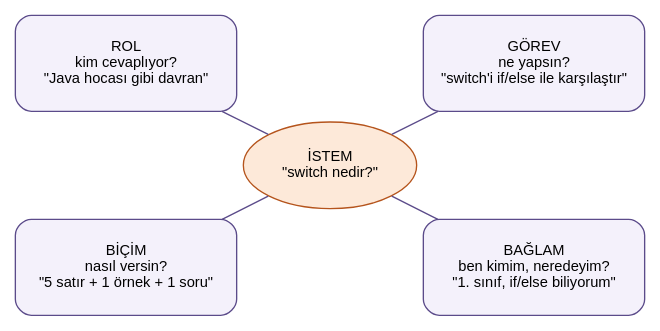
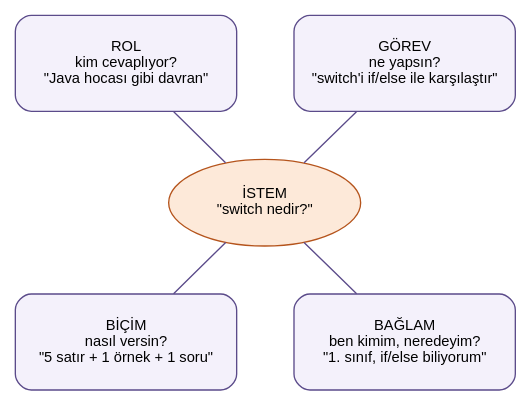
Before and after one commit to drferhatu/algoritma-ve-programlama-1: the diagram in content/diagrams/h05-istem.dot, drawn with Graphviz.

Commit message:
Diyagram düzenlemesi

```diff
--- a/content/diagrams/h05-istem.dot
+++ b/content/diagrams/h05-istem.dot
@@ -1,21 +1,24 @@
-// Hafta 5: iyi bir istemin dört parçası (rol, görev, biçim, bağlam) ve ortadaki soru
+// Hafta 5: iyi bir istemin dört parçası (rol, görev, biçim, bağlam) ve ortadaki soru (dot yerleşimi)
 digraph Istem {
     charset="UTF-8";
-    layout=neato;
-    overlap=false;
-    splines=true;
+    rankdir=TB;
+    nodesep=0.6;
+    ranksep=0.5;
     node [fontname="Helvetica", fontsize=11, shape=box, style="rounded,filled", fillcolor="#f4f1fb", color="#5b4b8a", width=2.3, height=1.0, fixedsize=true];
     edge [color="#5b4b8a", arrowhead=none];
 
-    merkez [label="İSTEM\n\"switch nedir?\"", shape=ellipse, fillcolor="#fde9d9", color="#b5541c", width=1.8, height=0.9, pos="0,0!"];
+    { rank=same; rol; gorev; }
+    rol    [label="ROL\nkim cevaplıyor?\n\"Java hocası gibi davran\""];
+    gorev  [label="GÖREV\nne yapsın?\n\"switch'i if/else ile karşılaştır\""];
 
-    rol    [label="ROL\nkim cevaplıyor?\n\"Java hocası gibi davran\"", pos="-2.2,1.1!"];
-    gorev  [label="GÖREV\nne yapsın?\n\"switch'i if/else ile karşılaştır\"", pos="2.2,1.1!"];
-    bicim  [label="BİÇİM\nnasıl versin?\n\"5 satır + 1 örnek + 1 soru\"", pos="-2.2,-1.1!"];
-    baglam [label="BAĞLAM\nben kimim, neredeyim?\n\"1. sınıf, if/else biliyorum\"", pos="2.2,-1.1!"];
+    merkez [label="İSTEM\n\"switch nedir?\"", shape=ellipse, fillcolor="#fde9d9", color="#b5541c", width=2.0, height=0.9];
+
+    { rank=same; bicim; baglam; }
+    bicim  [label="BİÇİM\nnasıl versin?\n\"5 satır + 1 örnek + 1 soru\""];
+    baglam [label="BAĞLAM\nben kimim, neredeyim?\n\"1. sınıf, if/else biliyorum\""];
 
     rol -> merkez;
     gorev -> merkez;
-    bicim -> merkez;
-    baglam -> merkez;
+    merkez -> bicim;
+    merkez -> baglam;
 }
```
